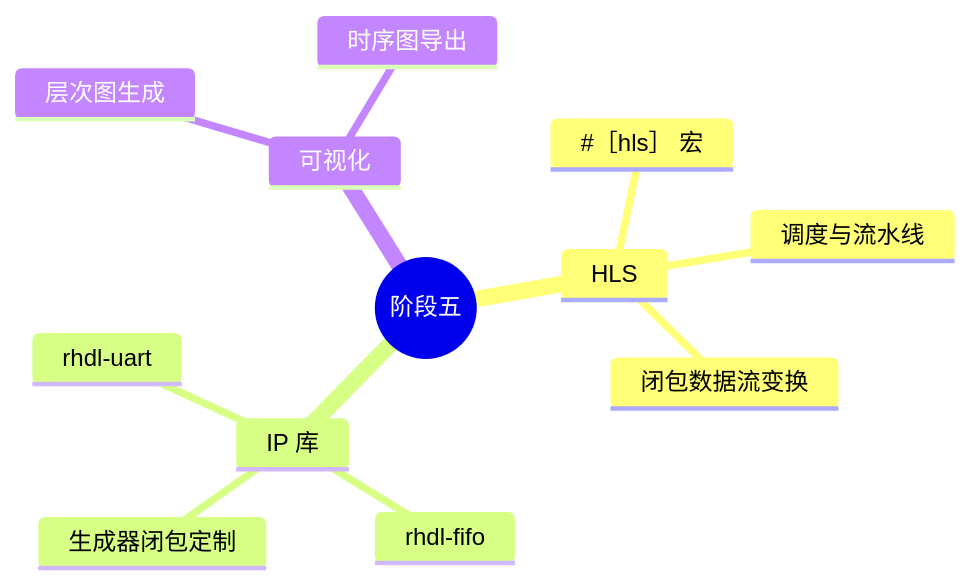
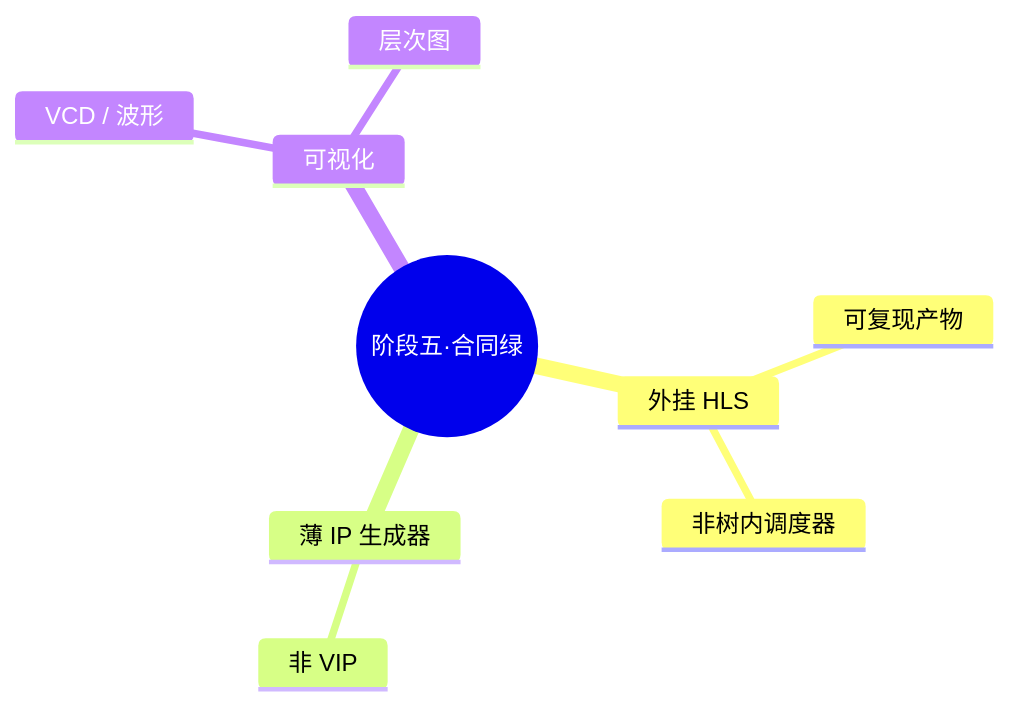
Before and after one commit to TangCan/bitloom: the seventh of 11 diagrams in docs/requirements/19. 实施路线图.md, drawn with Mermaid. The commit also changed other lines of this file and 9 other files, not shown here.

````diff
--- a/docs/requirements/19. 实施路线图.md
+++ b/docs/requirements/19. 实施路线图.md
@@ -230,15 +244,12 @@
 ```mermaid
 mindmap
-  root((阶段五))
-    HLS
-      #［hls］ 宏
-      调度与流水线
-      闭包数据流变换
-    IP 库
-      rhdl-uart
-      rhdl-fifo
-      生成器闭包定制
+  root((阶段五·合同绿))
+    外挂 HLS
+      可复现产物
+      非树内调度器
+    薄 IP 生成器
+      非 VIP
     可视化
-      层次图生成
-      时序图导出
+      VCD / 波形
+      层次图
 ```
````
